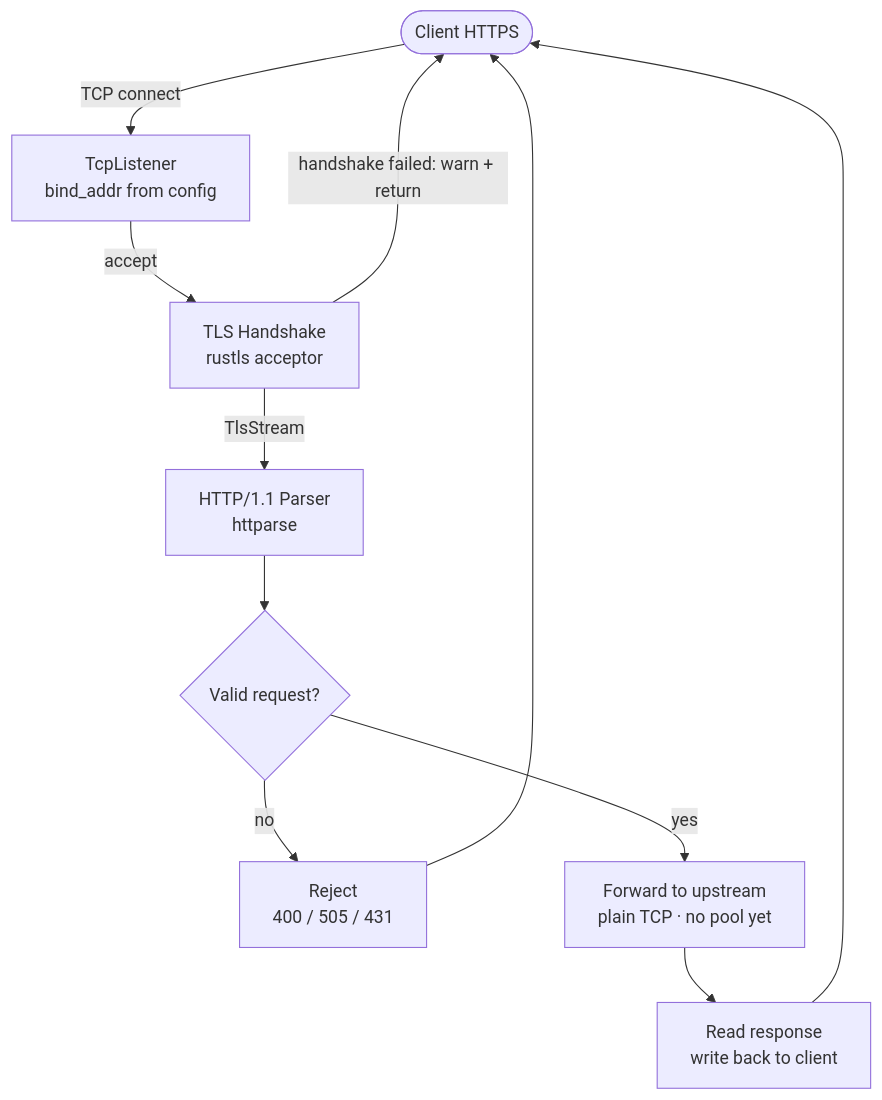
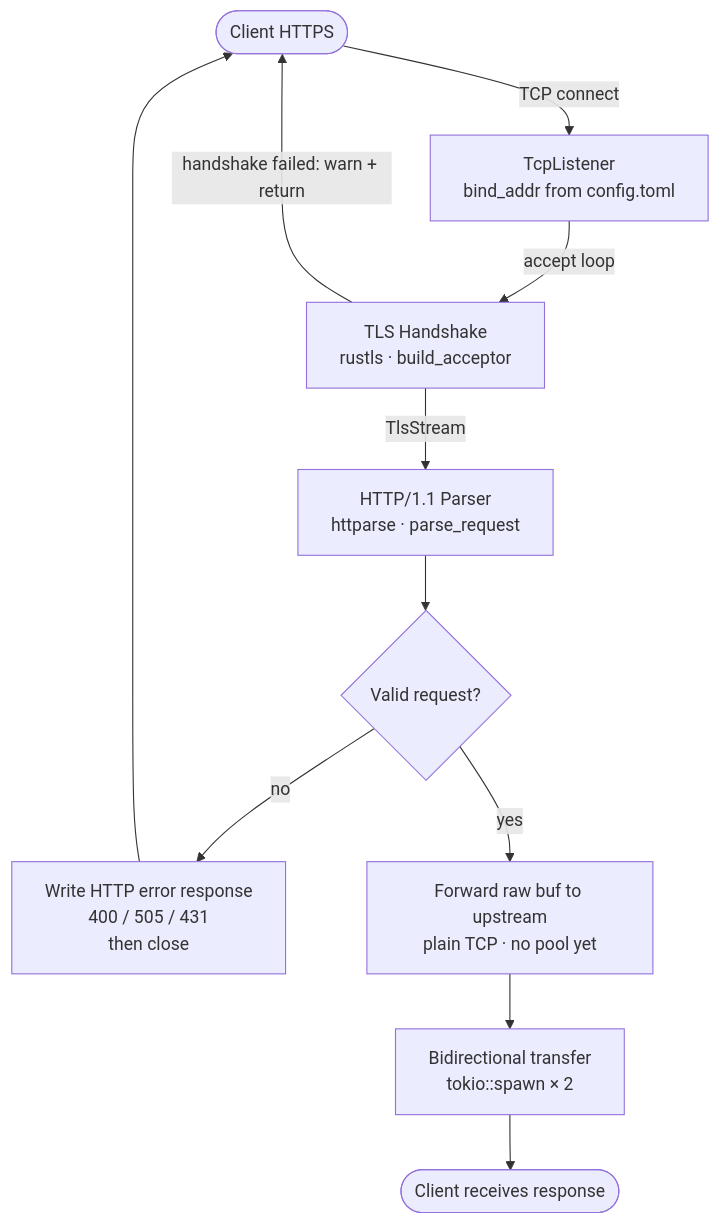
The diagram in docs/implementation/phase1a.md (Gme-muriuki/SROx), drawn with Mermaid before and after one commit. The commit also changed other lines of this file, not shown here.

````diff
--- a/docs/implementation/phase1a.md
+++ b/docs/implementation/phase1a.md
@@ -25,22 +9,23 @@
 ```mermaid
 flowchart TD
     Client([Client HTTPS])
-    TCP[TcpListener\nbind_addr from config]
-    TLS[TLS Handshake\nrustls acceptor]
-    HTTP[HTTP/1.1 Parser\nhttparse]
+    TCP[TcpListener\nbind_addr from config.toml]
+    TLS[TLS Handshake\nrustls · build_acceptor]
+    HTTP[HTTP/1.1 Parser\nhttparse · parse_request]
     Validate{Valid request?}
-    Reject[Reject\n400 / 505 / 431]
-    Forward[Forward to upstream\nplain TCP · no pool yet]
-    Response[Read response\nwrite back to client]
+    Reject[Write HTTP error response\n400 / 505 / 431\nthen close]
+    Forward[Forward raw buf to upstream\nplain TCP · no pool yet]
+    Bidir[Bidirectional transfer\ntokio::spawn × 2]
+    Client2([Client receives response])
 
     Client -->|TCP connect| TCP
-    TCP -->|accept| TLS
+    TCP -->|accept loop| TLS
     TLS -->|handshake failed: warn + return| Client
     TLS -->|TlsStream| HTTP
     HTTP --> Validate
     Validate -->|no| Reject
     Reject --> Client
     Validate -->|yes| Forward
-    Forward --> Response
-    Response --> Client
+    Forward --> Bidir
+    Bidir --> Client2
 ```
````
